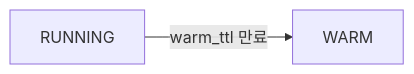
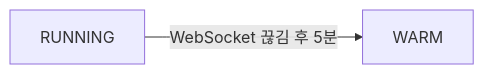
Before and after one commit to cagojeiger/code-hub: the third of 9 diagrams in docs/spec_v2/flows.md, drawn with Mermaid. The commit also changed other lines of this file and 2 other files, not shown here.

First line of the commit message:
docs(spec): add health check and fix TTL inconsistencies

````diff
--- a/docs/spec_v2/flows.md
+++ b/docs/spec_v2/flows.md
@@ -85,4 +88,4 @@
 ```mermaid
 flowchart LR
-    R[RUNNING] -->|warm_ttl 만료| W[WARM]
+    R[RUNNING] -->|WebSocket 끊김 후 5분| W[WARM]
 ```
````
